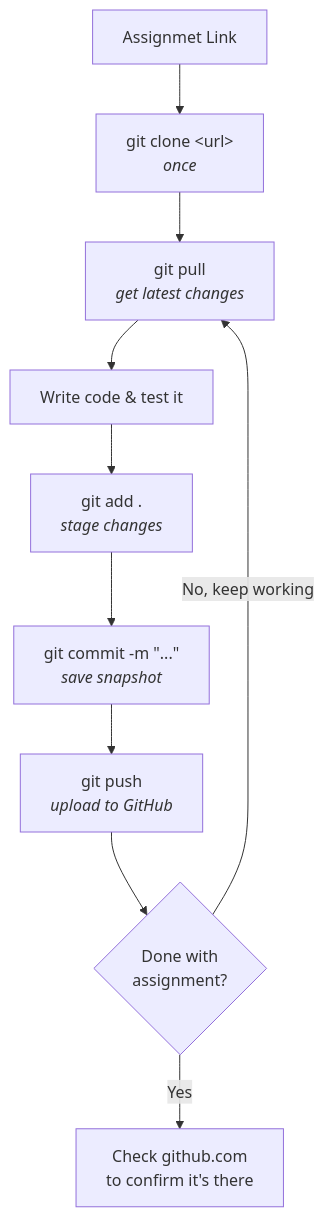
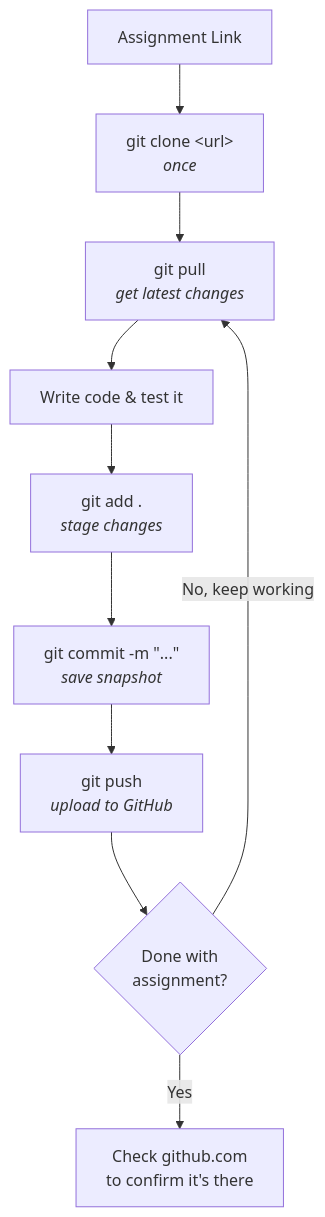
Before and after one commit to anasp07-hue/Github-Guide: the first of 2 diagrams in info-vault/03-clone-commit-pull-push.md, drawn with Mermaid.

Commit message:
Fix typo in assignment link label

````diff
--- a/info-vault/03-clone-commit-pull-push.md
+++ b/info-vault/03-clone-commit-pull-push.md
@@ -22,12 +22,12 @@
 ```mermaid
 flowchart TD
-    A["Assignmet Link"] --> B["git clone #lt;url#gt;<br/><i>once</i>"]
+    A["Assignment Link"] --> B["git clone #lt;url#gt;<br/><i>once</i>"]
     B --> C["git pull<br/><i>get latest changes</i>"]
     C --> D["Write code & test it"]
     D --> E["git add .<br/><i>stage changes</i>"]
     E --> F["git commit -m #quot;...#quot;<br/><i>save snapshot</i>"]
     F --> G["git push<br/><i>upload to GitHub</i>"]
     G --> H{"Done with<br/>assignment?"}
     H -- "No, keep working" --> C
     H -- "Yes" --> I["Check github.com<br/>to confirm it's there"]
 ```
````
